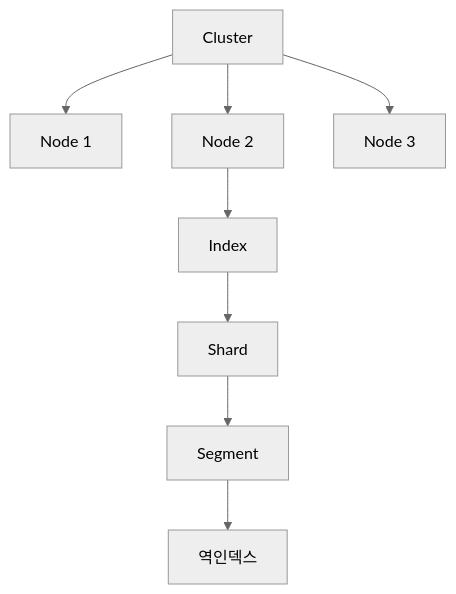
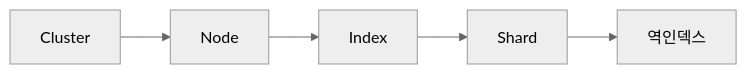
The seventh of 7 diagrams in _posts/nosql/2026-05-03-elasticsearch-deep.md (yjkim2015/yjkim2015.github.io), drawn with Mermaid (neutral theme) before and after one commit. The commit also changed other lines of this file and 163 other files, not shown here.

First line of the commit message:
Mermaid 300개 블록 내용 축소: 5노드 5엣지 이하, 의미 있는 약어

````diff
--- a/_posts/nosql/2026-05-03-elasticsearch-deep.md
+++ b/_posts/nosql/2026-05-03-elasticsearch-deep.md
@@ -776,10 +778,7 @@
 ```mermaid
-graph TB
-    CL["Cluster"] --> N1["Node 1"]
-    CL --> N2["Node 2"]
-    CL --> N3["Node 3"]
-    N2 --> IDX["Index"]
+graph LR
+    CL["Cluster"] --> N["Node"]
+    N --> IDX["Index"]
     IDX --> SH["Shard"]
-    SH --> SEG["Segment"]
-    SEG --> II["역인덱스"]
+    SH --> II["역인덱스"]
 ```
````
